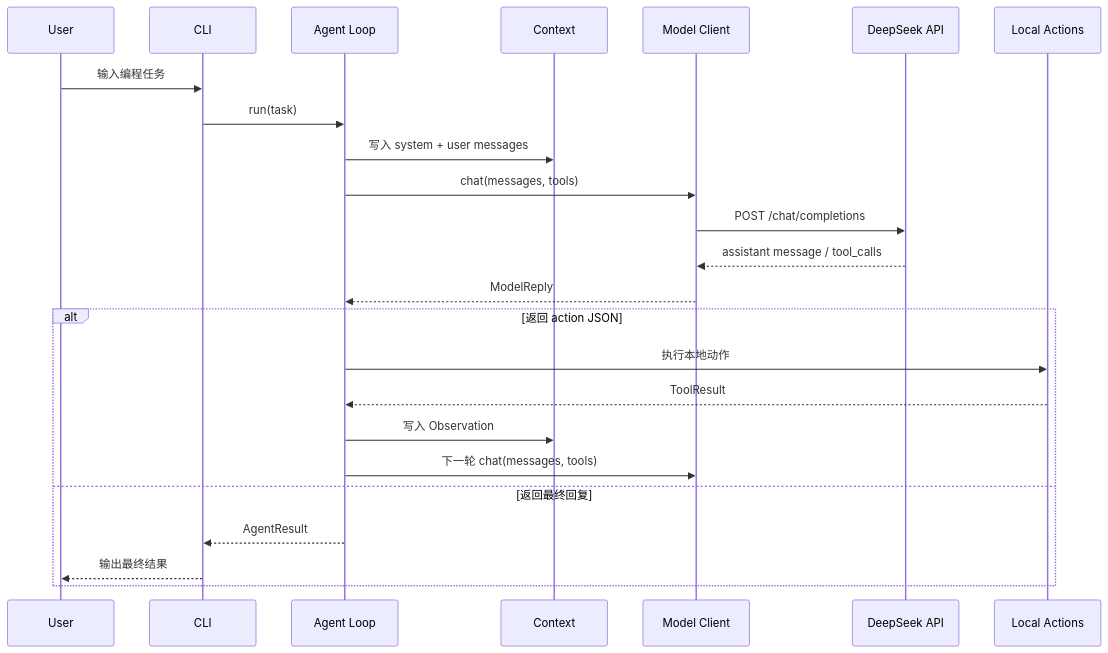
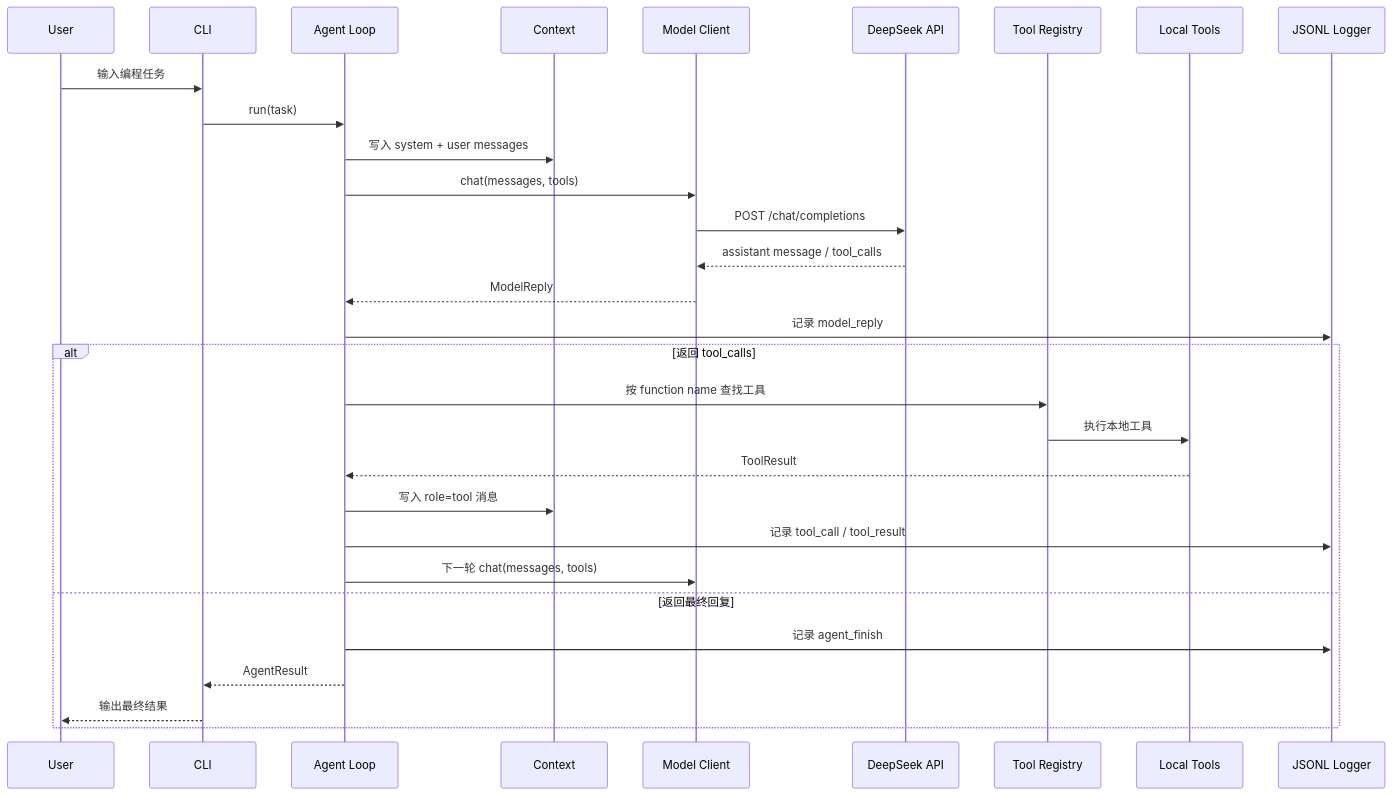
Before and after one commit to Konoha-Kai/nju_coding_agent: the second of 3 diagrams in 开发文档/05_Harness架构图.md, drawn with Mermaid. The commit also changed other lines of this file and 4 other files, not shown here.

````diff
--- a/开发文档/05_Harness架构图.md
+++ b/开发文档/05_Harness架构图.md
@@ -31,28 +33,34 @@
 ```mermaid
 sequenceDiagram
     participant U as User
     participant CLI as CLI
     participant A as Agent Loop
     participant C as Context
     participant M as Model Client
     participant D as DeepSeek API
-    participant T as Local Actions
+    participant R as Tool Registry
+    participant T as Local Tools
+    participant L as JSONL Logger
 
     U->>CLI: 输入编程任务
     CLI->>A: run(task)
     A->>C: 写入 system + user messages
     A->>M: chat(messages, tools)
     M->>D: POST /chat/completions
     D-->>M: assistant message / tool_calls
     M-->>A: ModelReply
+    A->>L: 记录 model_reply
 
-    alt 返回 action JSON
-        A->>T: 执行本地动作
+    alt 返回 tool_calls
+        A->>R: 按 function name 查找工具
+        R->>T: 执行本地工具
         T-->>A: ToolResult
-        A->>C: 写入 Observation
+        A->>C: 写入 role=tool 消息
+        A->>L: 记录 tool_call / tool_result
         A->>M: 下一轮 chat(messages, tools)
     else 返回最终回复
+        A->>L: 记录 agent_finish
         A-->>CLI: AgentResult
         CLI-->>U: 输出最终结果
     end
 ```
````
